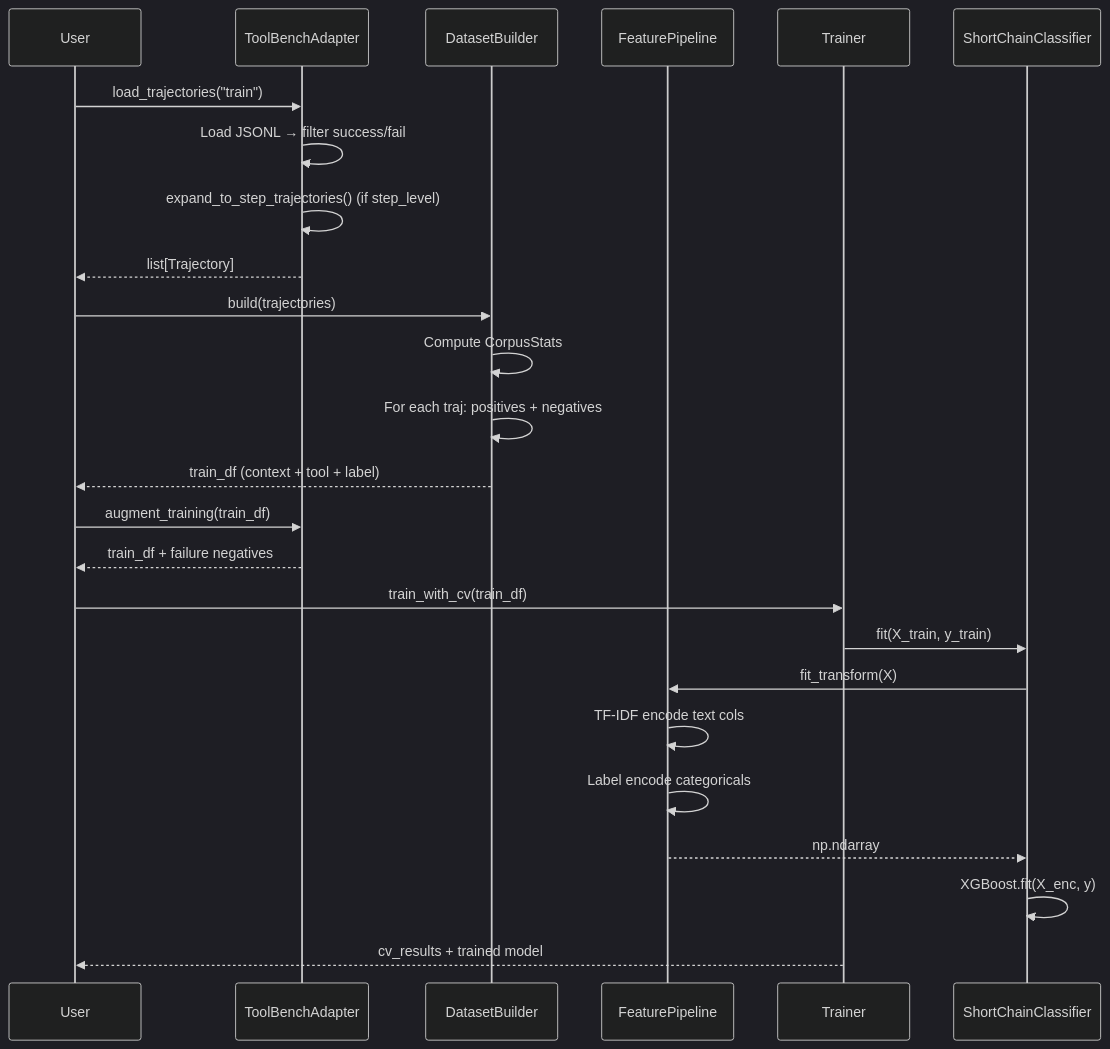
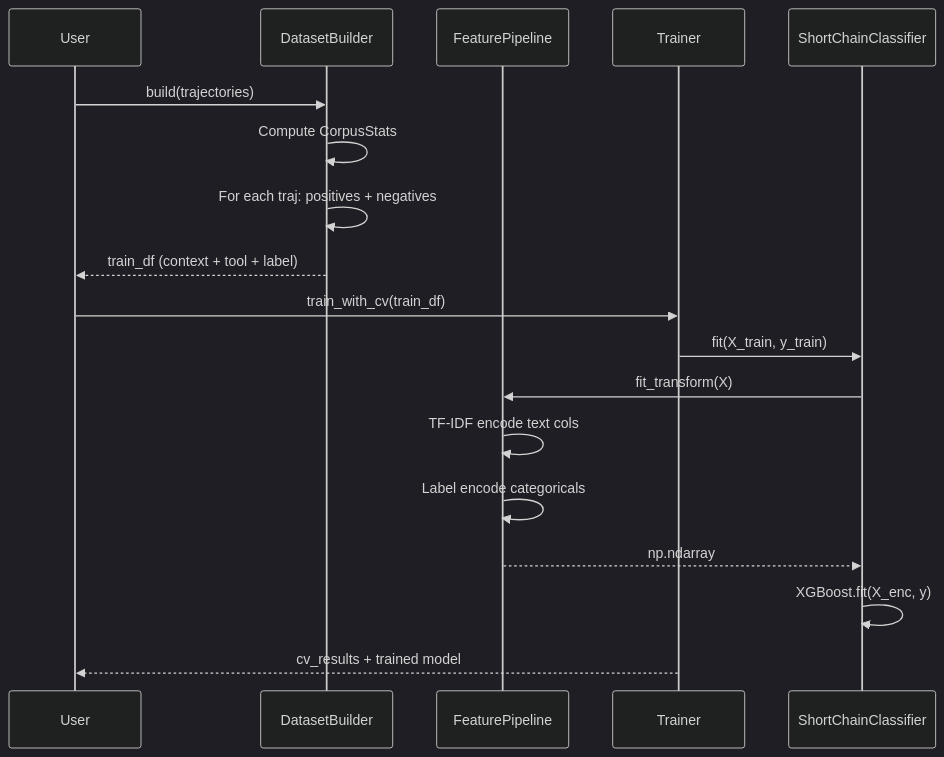
One commit to awab-ml/ShortChain changed the second of 2 diagrams in docs/walkthrough.md. Above: the diagram before and after it, drawn with Mermaid (dark theme). The commit also changed other lines of this file, not shown here.

Commit message:
docs: remove ToolBench references from walkthrough

````diff
--- a/docs/walkthrough.md
+++ b/docs/walkthrough.md
@@ -497,31 +465,22 @@
 ```mermaid
 sequenceDiagram
     participant User
-    participant Adapter as ToolBenchAdapter
     participant Builder as DatasetBuilder
     participant Pipeline as FeaturePipeline
     participant Trainer
     participant Classifier as ShortChainClassifier
 
-    User->>Adapter: load_trajectories("train")
-    Adapter->>Adapter: Load JSONL → filter success/fail
-    Adapter->>Adapter: expand_to_step_trajectories() (if step_level)
-    Adapter-->>User: list[Trajectory]
-
     User->>Builder: build(trajectories)
     Builder->>Builder: Compute CorpusStats
     Builder->>Builder: For each traj: positives + negatives
     Builder-->>User: train_df (context + tool + label)
-
-    User->>Adapter: augment_training(train_df)
-    Adapter-->>User: train_df + failure negatives
 
     User->>Trainer: train_with_cv(train_df)
     Trainer->>Classifier: fit(X_train, y_train)
     Classifier->>Pipeline: fit_transform(X)
     Pipeline->>Pipeline: TF-IDF encode text cols
     Pipeline->>Pipeline: Label encode categoricals
     Pipeline-->>Classifier: np.ndarray
     Classifier->>Classifier: XGBoost.fit(X_enc, y)
     Trainer-->>User: cv_results + trained model
 ```
````
